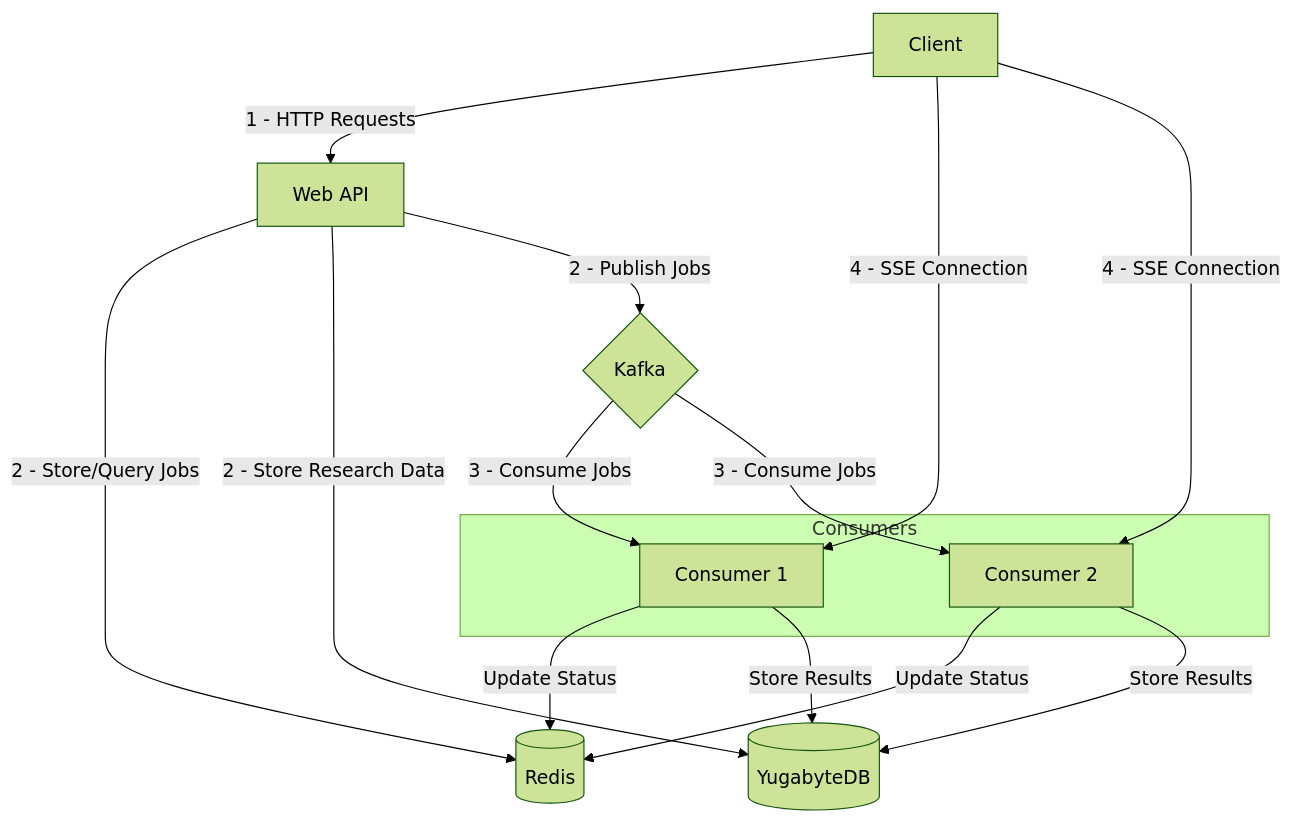
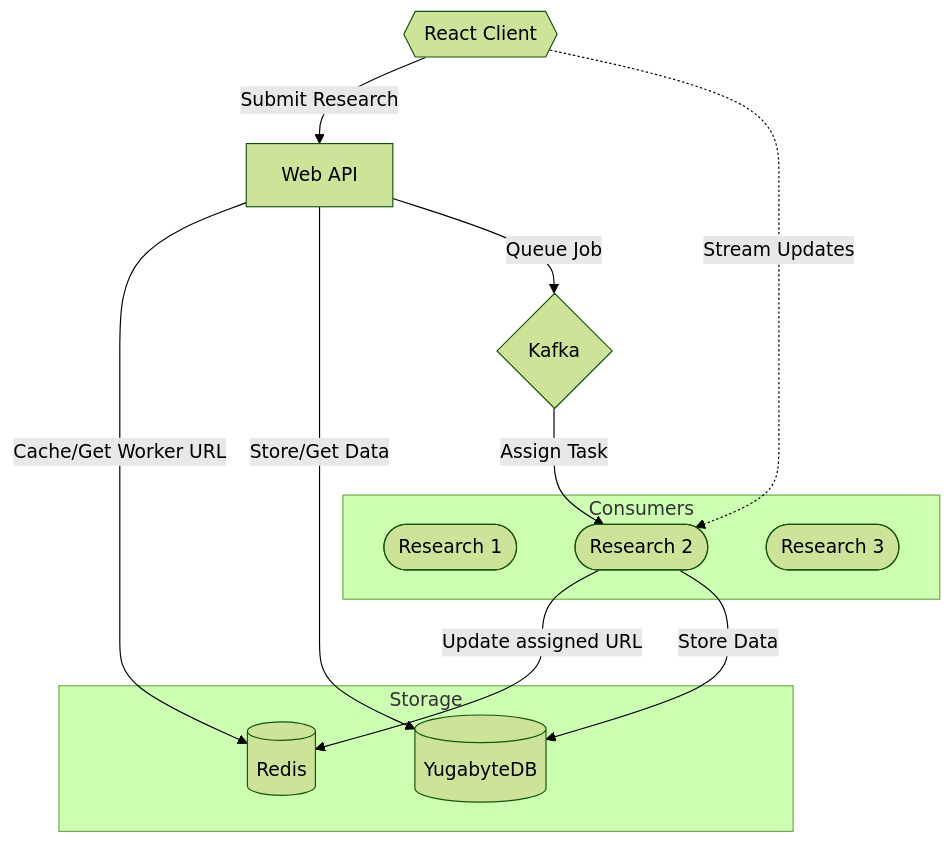
Before and after one commit to richardr1126/research-pod-api: the first of 2 diagrams in README.md, drawn with Mermaid (forest theme). The commit also changed other lines of this file and 1 other file, not shown here.

Commit message:
Update README and Helm values: enhance architecture diagram and increase replica count

````diff
--- a/README.md
+++ b/README.md
@@ -24,24 +24,37 @@
 ```mermaid
 graph TD
-    Client[Client] --> |1 - HTTP Requests| WebAPI[Web API]
-    Client --> |4 - SSE Connection| Consumer1[Consumer 1]
-    Client --> |4 - SSE Connection| Consumer2[Consumer 2]
+    Client{{React Client}}
+
+    WebAPI[Web API]
+
+    Kafka{Kafka}
     
-    WebAPI --> |2 - Store/Query Jobs| Redis[(Redis)]
-    WebAPI --> |2 - Store Research Data| YugabyteDB[(YugabyteDB)]
-    WebAPI --> |2 - Publish Jobs| Kafka{Kafka}
+    subgraph Storage
+        Redis[(Redis)]
+        YugabyteDB[(YugabyteDB)]
+    end
+
+    subgraph Consumers
+        Consumer1([Research 1])
+        Consumer2([Research 2])
+        Consumer3([Research 3])
+    end
+
+    %% Client flow
+    Client -->|Submit Research| WebAPI
     
-    Kafka --> |3 - Consume Jobs| Consumer1
-    Kafka --> |3 - Consume Jobs| Consumer2
+    %% API operations
+    WebAPI -->|Cache/Get Worker URL| Redis
+    WebAPI -->|Store/Get Data| YugabyteDB
+    WebAPI -->|Queue Job| Kafka
     
-    Consumer1 --> |Update Status| Redis
-    Consumer2 --> |Update Status| Redis
+    %% Worker processing
+    Kafka -->|Assign Task| Consumer2
     
-    Consumer1 --> |Store Results| YugabyteDB
-    Consumer2 --> |Store Results| YugabyteDB
+    %% Data operations
+    Consumer2 -->|Update assigned URL| Redis
+    Consumer2 -->|Store Data| YugabyteDB
     
-    subgraph Consumers
-        Consumer1
-        Consumer2
-    end
+    %% Live updates
+    Client -.->|Stream Updates| Consumer2
 ```
````
